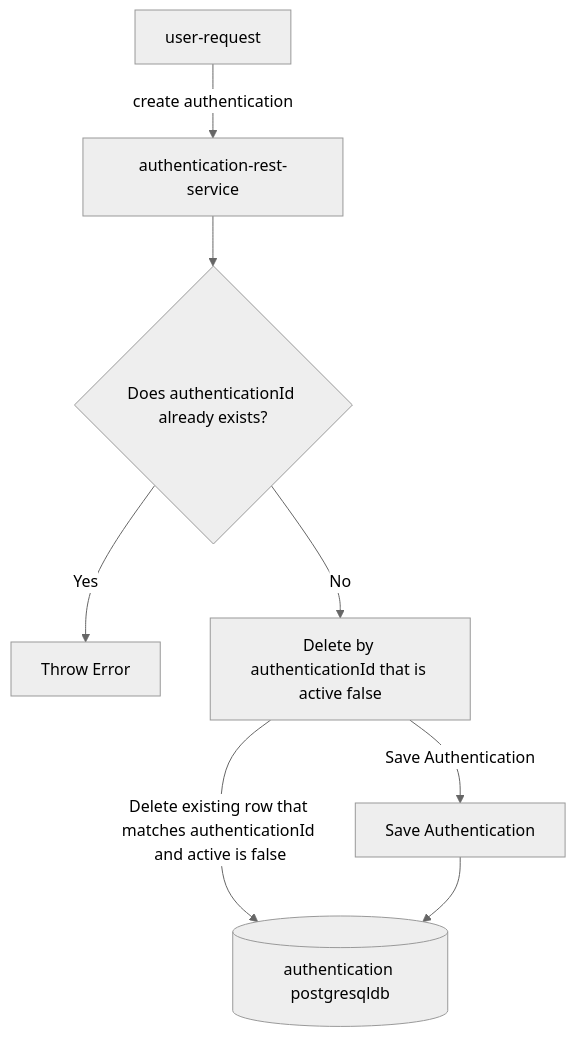
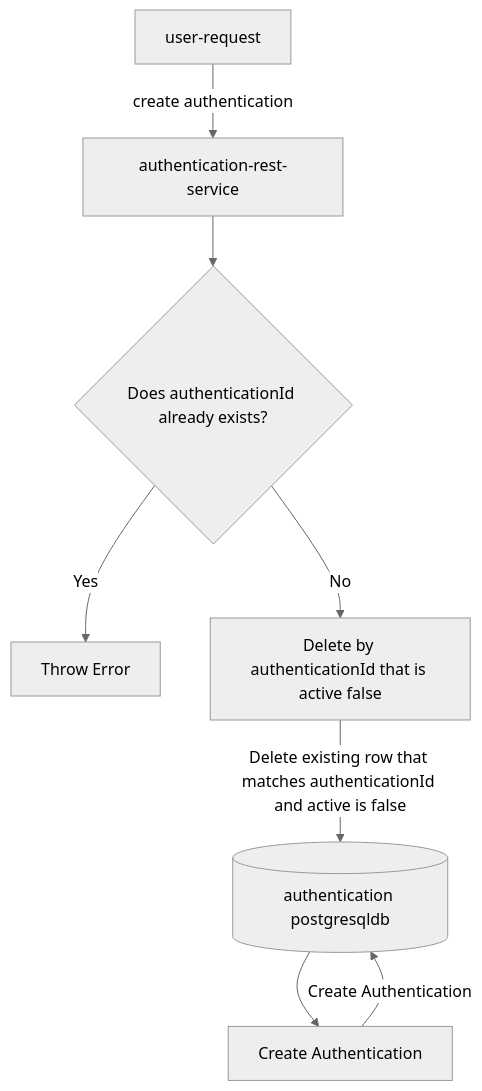
One commit to sonamsamdupkhangsar/authentication-rest-service changed the diagram in README.md. Above: the diagram before and after it, drawn with Mermaid (neutral theme).

````diff
--- a/README.md
+++ b/README.md
@@ -8,10 +8,10 @@
 ```mermaid
 flowchart TD
     user-request[user-request] -->|create authentication| authentication-rest-service[authentication-rest-service]
     authentication-rest-service --> authenticationIdExists{Does authenticationId already exists?}
     authenticationIdExists --> |Yes| Error[Throw Error]
     authenticationIdExists --> |No| CheckAuthIdExistAndFalse[Delete by authenticationId that is active false]
-    CheckAuthIdExistAndFalse -->|Delete existing row that matches authenticationId and active is false|db[(authentication postgresqldb)]       
-    CheckAuthIdExistAndFalse --> |Save Authentication| Save[Save Authentication]
-    Save --> db            
+    CheckAuthIdExistAndFalse -->|Delete existing row that matches authenticationId and active is false|db[(authentication postgresqldb)]
+    db -->Create[Create Authentication]       
+    Create --> |Create Authentication| db
 ```
````
